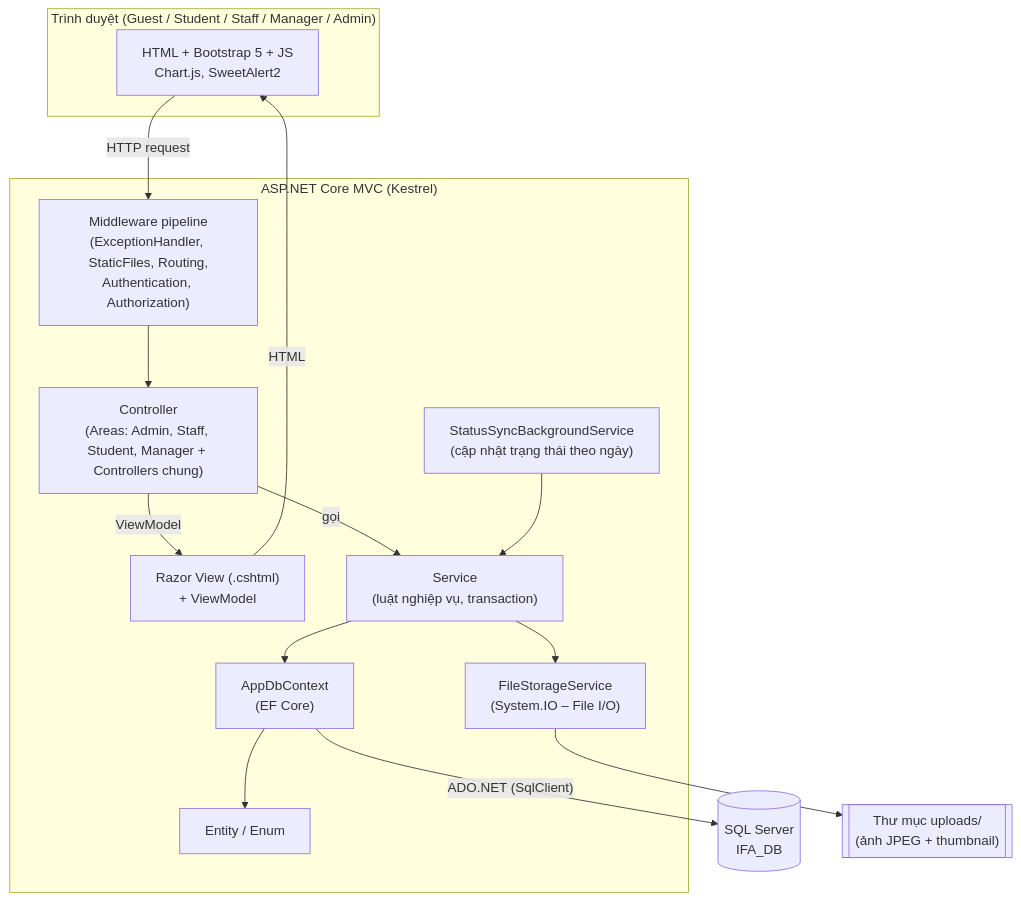
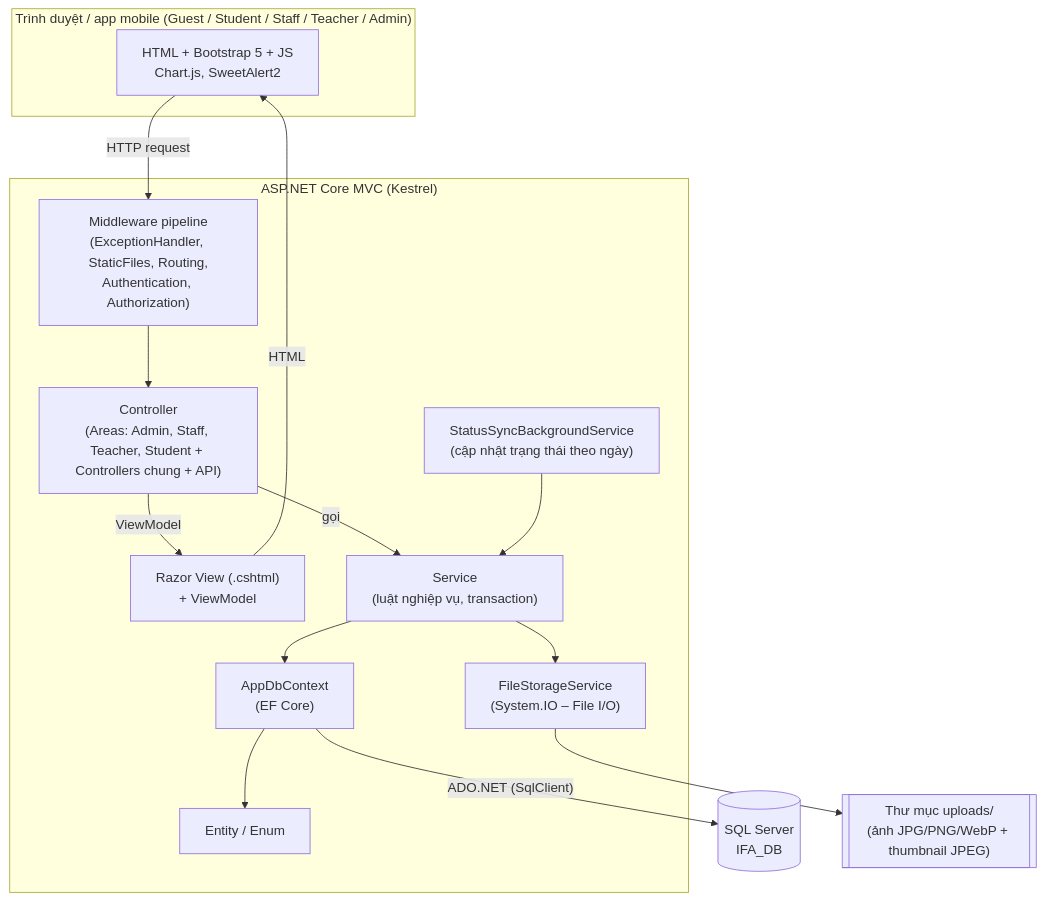
The first of 4 diagrams in docs/plan/02_Kien_truc_Cong_nghe_CSDL.md (M0M0M0M0/institute_of_fine_arts), drawn with Mermaid before and after one commit. The commit also changed other lines of this file and 13 other files, not shown here.

````diff
--- a/docs/plan/02_Kien_truc_Cong_nghe_CSDL.md
+++ b/docs/plan/02_Kien_truc_Cong_nghe_CSDL.md
@@ -167,28 +169,28 @@
 ```mermaid
 flowchart TB
-    subgraph Client["Trình duyệt (Guest / Student / Staff / Manager / Admin)"]
+    subgraph Client["Trình duyệt / app mobile (Guest / Student / Staff / Teacher / Admin)"]
         B["HTML + Bootstrap 5 + JS<br/>Chart.js, SweetAlert2"]
     end
 
     subgraph App["ASP.NET Core MVC (Kestrel)"]
         MW["Middleware pipeline<br/>(ExceptionHandler, StaticFiles, Routing,<br/>Authentication, Authorization)"]
-        C["Controller<br/>(Areas: Admin, Staff, Student, Manager + Controllers chung)"]
+        C["Controller<br/>(Areas: Admin, Staff, Teacher, Student + Controllers chung + API)"]
         V["Razor View (.cshtml)<br/>+ ViewModel"]
         S["Service<br/>(luật nghiệp vụ, transaction)"]
         FS["FileStorageService<br/>(System.IO – File I/O)"]
         DBC["AppDbContext<br/>(EF Core)"]
         E["Entity / Enum"]
         BG["StatusSyncBackgroundService<br/>(cập nhật trạng thái theo ngày)"]
     end
 
     DB[("SQL Server<br/>IFA_DB")]
-    UP[["Thư mục uploads/<br/>(ảnh JPEG + thumbnail)"]]
+    UP[["Thư mục uploads/<br/>(ảnh JPG/PNG/WebP + thumbnail JPEG)"]]
 
     B -- "HTTP request" --> MW --> C
     C -- "gọi" --> S
     S --> DBC --> E
     DBC -- "ADO.NET (SqlClient)" --> DB
     S --> FS --> UP
     C -- "ViewModel" --> V -- "HTML" --> B
     BG --> S
 ```
````
